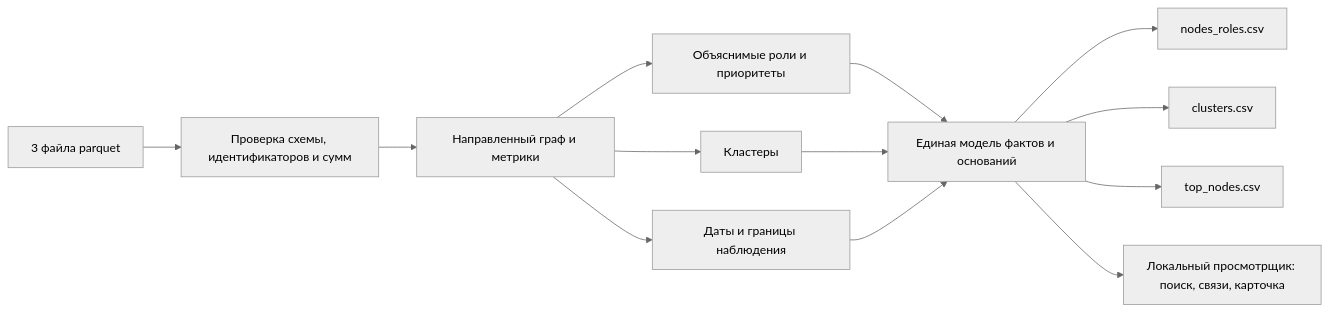
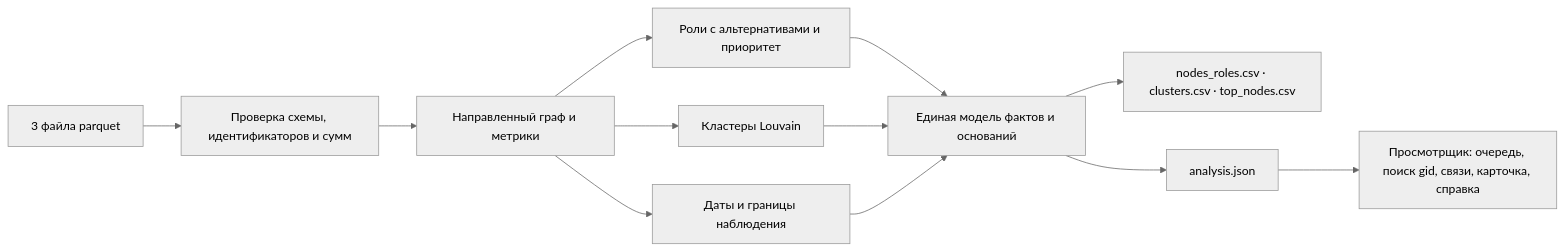
Before and after one commit to BAITC-Hacks/hack-9913a3c9-masterart-netizens: the diagram in docs/architecture.md, drawn with Mermaid (neutral theme). The commit also changed other lines of this file and 4 other files, not shown here.

First line of the commit message:
Обновить документацию для жюри: README, реестр функций, схема и сценарий демо

````diff
--- a/docs/architecture.md
+++ b/docs/architecture.md
@@ -6,15 +6,14 @@
 ```mermaid
 flowchart LR
     A["3 файла parquet"] --> B["Проверка схемы, идентификаторов и сумм"]
     B --> C["Направленный граф и метрики"]
-    C --> D["Объяснимые роли и приоритеты"]
-    C --> E["Кластеры"]
+    C --> D["Роли с альтернативами и приоритет"]
+    C --> E["Кластеры Louvain"]
     C --> F["Даты и границы наблюдения"]
     D --> G["Единая модель фактов и оснований"]
     E --> G
     F --> G
-    G --> H["nodes_roles.csv"]
-    G --> I["clusters.csv"]
-    G --> J["top_nodes.csv"]
-    G --> K["Локальный просмотрщик: поиск, связи, карточка"]
+    G --> H["nodes_roles.csv · clusters.csv · top_nodes.csv"]
+    G --> I["analysis.json"]
+    I --> K["Просмотрщик: очередь, поиск gid, связи, карточка, справка"]
 ```
````
